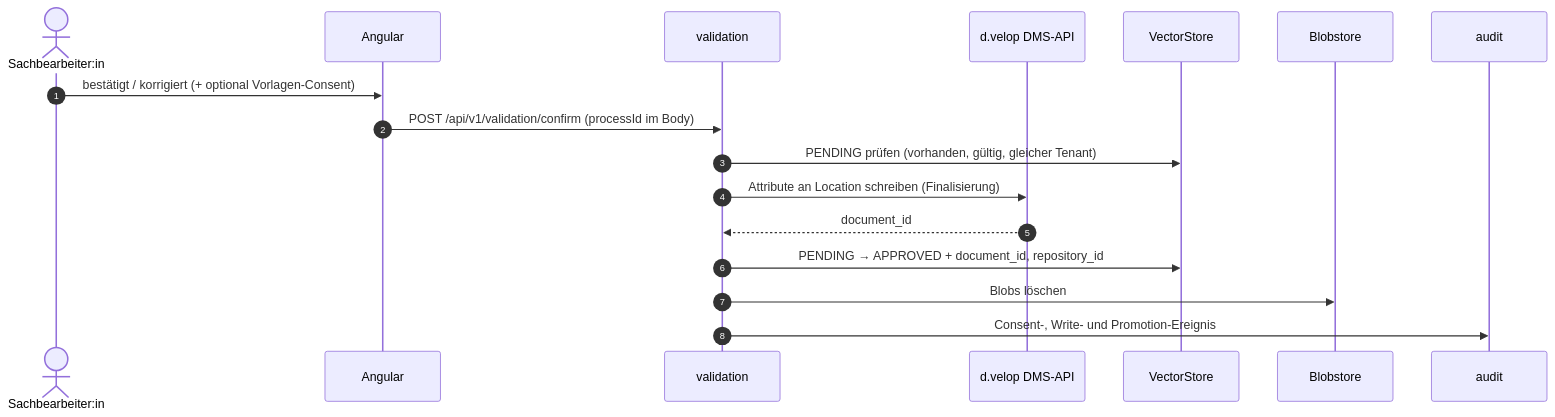
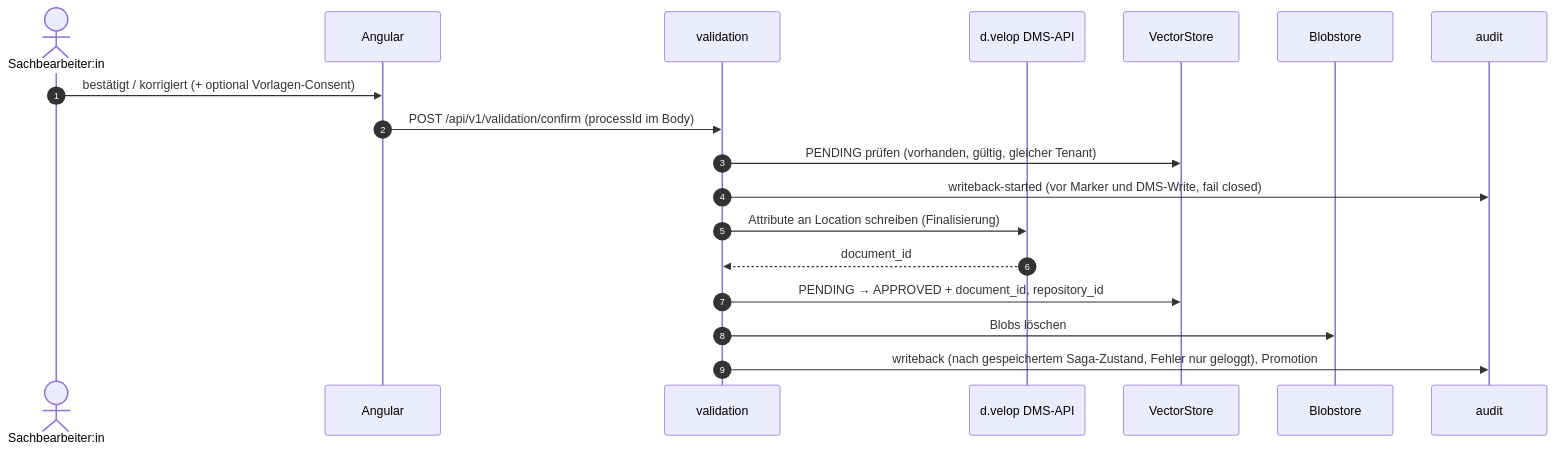
One commit to segjo/docextract changed the fifth of 7 diagrams in doc/ARCHITECTURE.md. Above: the diagram before and after it, drawn with Mermaid. The commit also changed other lines of this file and 108 other files, not shown here.

````diff
--- a/doc/ARCHITECTURE.md
+++ b/doc/ARCHITECTURE.md
@@ -447,20 +449,21 @@
 ```mermaid
 sequenceDiagram
     autonumber
     actor SB as Sachbearbeiter:in
     participant FE as Angular
     participant VAL as validation
     participant DMS as d.velop DMS-API
     participant VDB as VectorStore
     participant BLB as Blobstore
     participant AUD as audit
 
     SB->>FE: bestätigt / korrigiert (+ optional Vorlagen-Consent)
     FE->>VAL: POST /api/v1/validation/confirm (processId im Body)
     VAL->>VDB: PENDING prüfen (vorhanden, gültig, gleicher Tenant)
+    VAL->>AUD: writeback-started (vor Marker und DMS-Write, fail closed)
     VAL->>DMS: Attribute an Location schreiben (Finalisierung)
     DMS-->>VAL: document_id
     VAL->>VDB: PENDING → APPROVED + document_id, repository_id
     VAL->>BLB: Blobs löschen
-    VAL->>AUD: Consent-, Write- und Promotion-Ereignis
+    VAL->>AUD: writeback (nach gespeichertem Saga-Zustand, Fehler nur geloggt), Promotion
 ```
````
